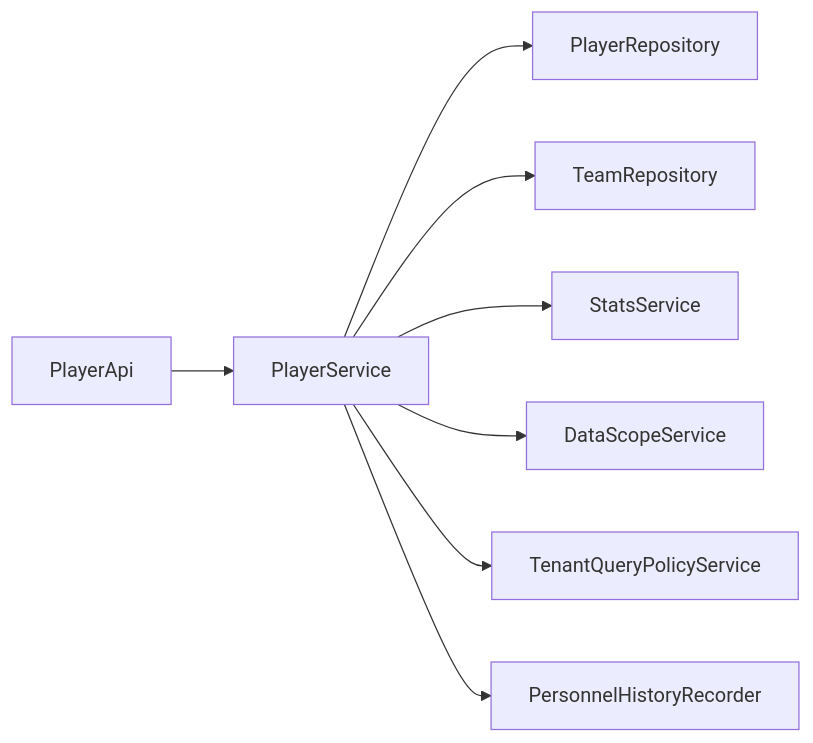
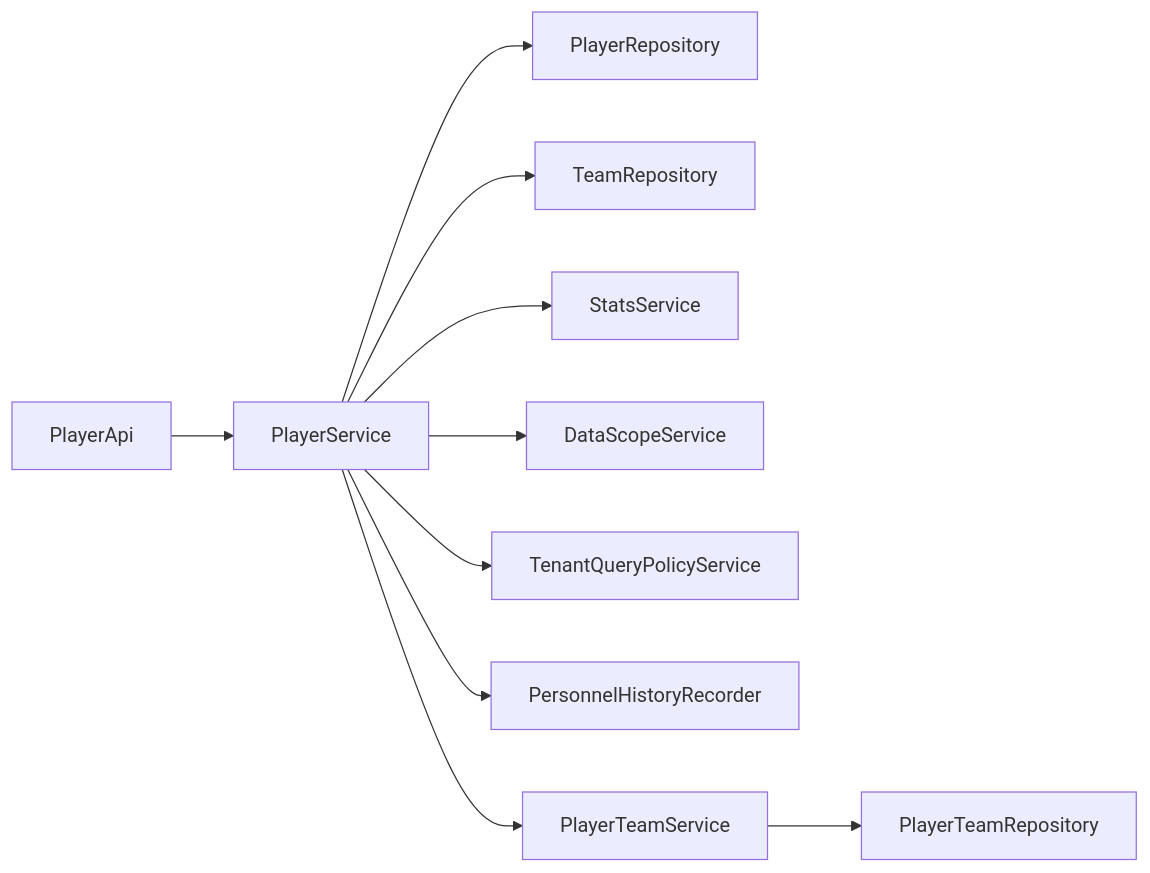
The seventh of 7 diagrams in docs/tech/数据模型设计/核心业务实体/球员实体(Player).md (skvan/bsdone), drawn with Mermaid before and after one commit. The commit also changed other lines of this file and 17 other files, not shown here.

````diff
--- a/docs/tech/数据模型设计/核心业务实体/球员实体(Player).md
+++ b/docs/tech/数据模型设计/核心业务实体/球员实体(Player).md
@@ -204,10 +238,12 @@
 ```mermaid
 graph LR
 API["PlayerApi"] --> SVC["PlayerService"]
 SVC --> REP["PlayerRepository"]
 SVC --> TREP["TeamRepository"]
 SVC --> STAT["StatsService"]
 SVC --> SCOPE["DataScopeService"]
 SVC --> TENANT["TenantQueryPolicyService"]
 SVC --> REC["PersonnelHistoryRecorder"]
+SVC --> PTSVC["PlayerTeamService"]
+PTSVC --> PTREP["PlayerTeamRepository"]
 ```
````
